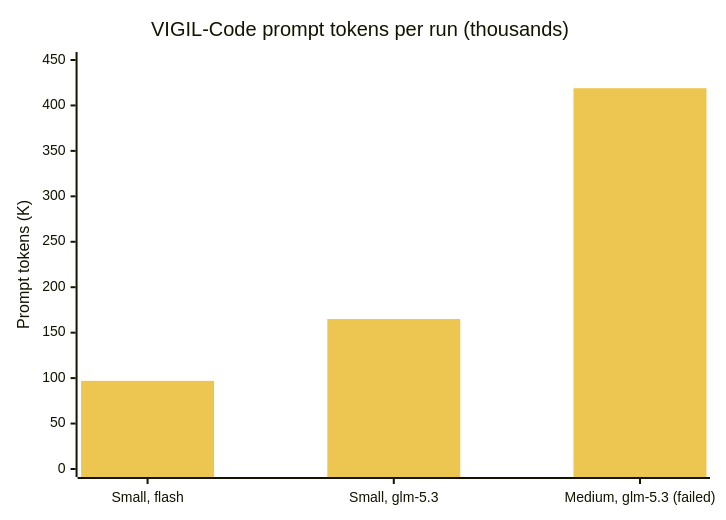
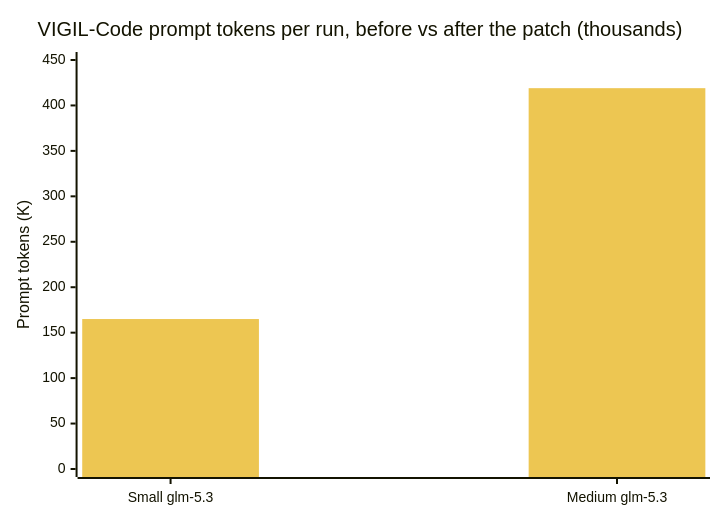
One commit to BradHeff/VIGIL-GLM-Reports changed the second of 2 diagrams in README.md. Above: the diagram before and after it, drawn with Mermaid. The commit also changed other lines of this file, not shown here.

````diff
--- a/README.md
+++ b/README.md
@@ -78,8 +117,8 @@
 ```mermaid
 %%{init: {"themeVariables": {"xyChart": {"plotColorPalette": "#edc652"}}}}%%
 xychart-beta
-    title "VIGIL-Code prompt tokens per run (thousands)"
-    x-axis ["Small, flash", "Small, glm-5.3", "Medium, glm-5.3 (failed)"]
+    title "VIGIL-Code prompt tokens per run, before vs after the patch (thousands)"
+    x-axis ["Small glm-5.3", "Medium glm-5.3"]
     y-axis "Prompt tokens (K)" 0 --> 450
-    bar [97, 165, 419]
+    bar [165, 419, 28, 129]
 ```
````
